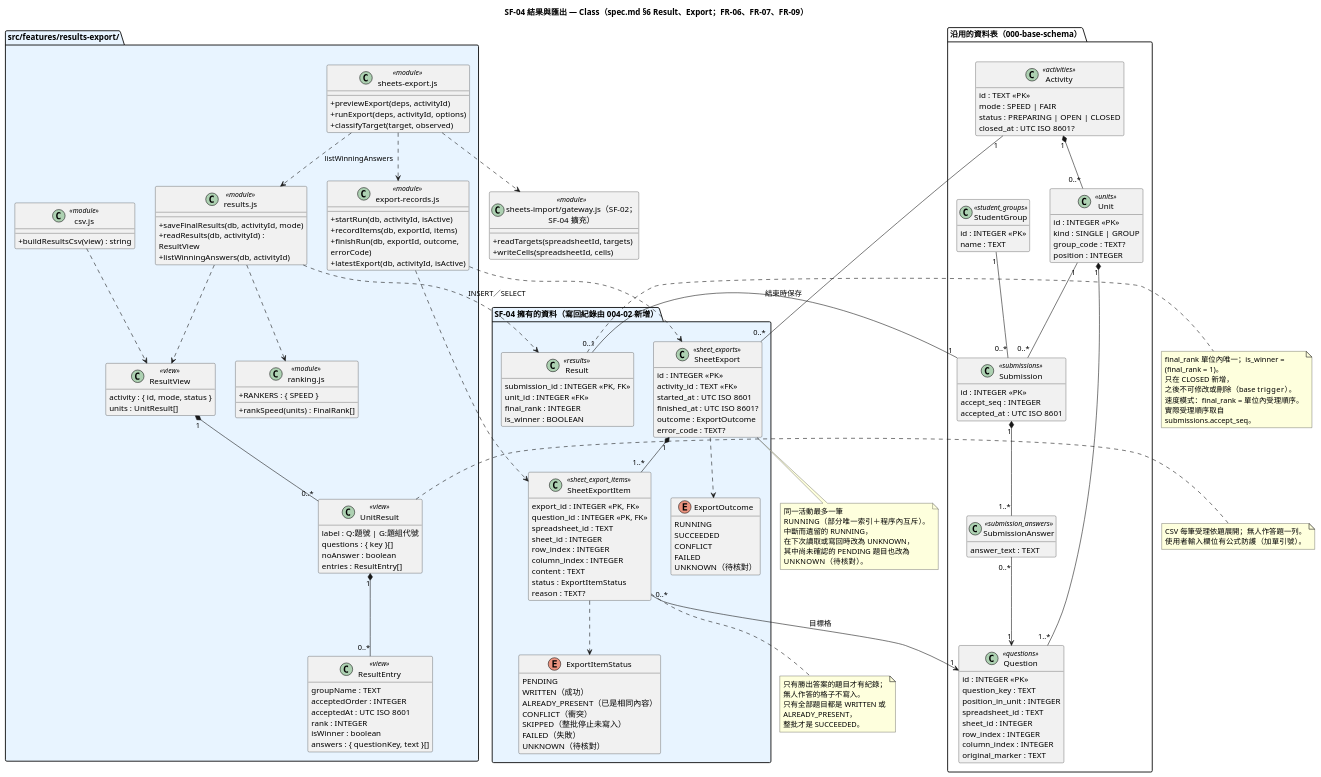
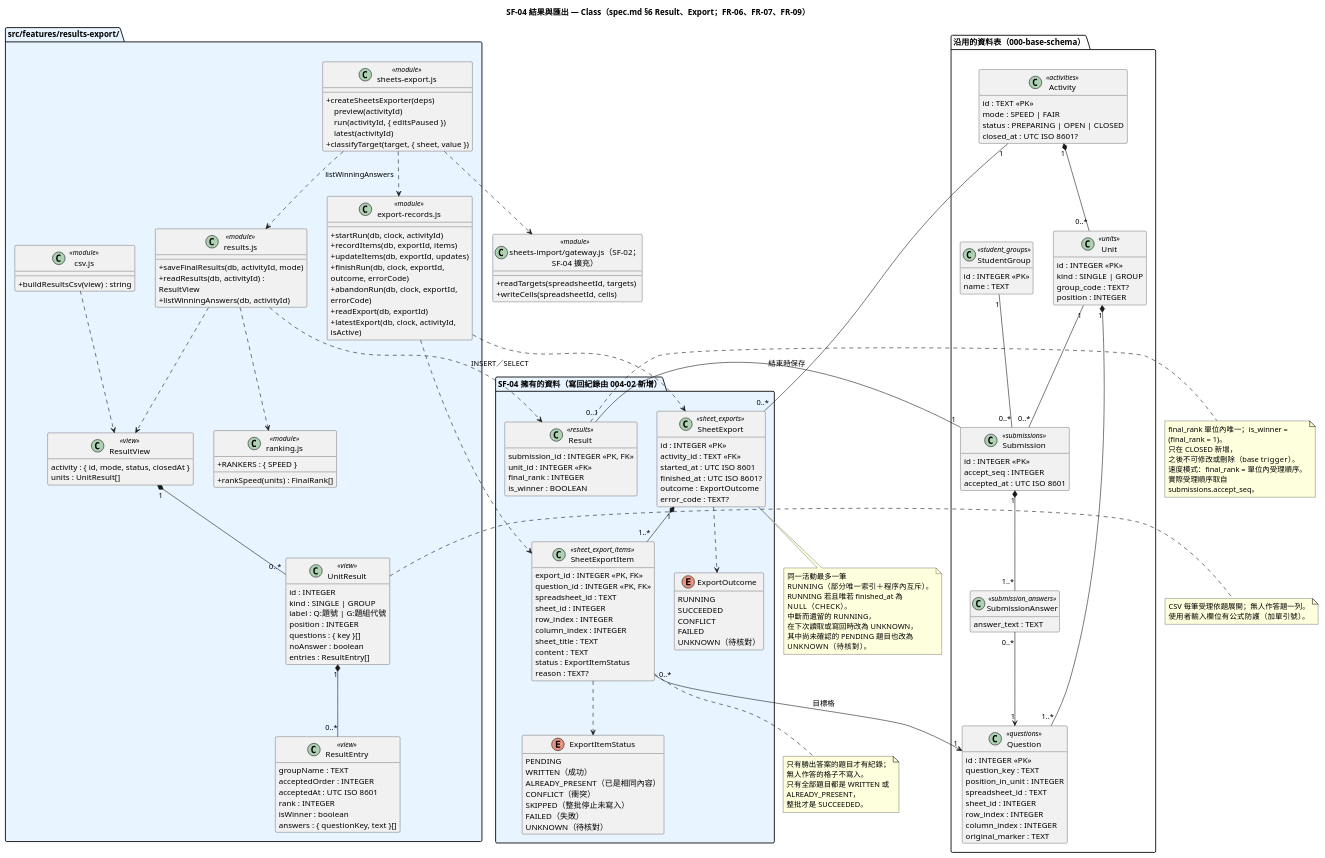
Before and after one commit to tom1030507/classroom-buzzer-system-speckit: the diagram in diagrams/004-results-export-class.puml, drawn with PlantUML. The commit also changed 11 other files, not shown here.

Commit message:
docs(diagrams): sync SF-04 and the shared data model with the implementation

```diff
--- a/diagrams/004-results-export-class.puml
+++ b/diagrams/004-results-export-class.puml
@@ -1,186 +1,196 @@
 @startuml 004-results-export-class
 title SF-04 結果與匯出 — Class（spec.md §6 Result、Export；FR-06、FR-07、FR-09）
 skinparam shadowing false
 skinparam classAttributeIconSize 0
 skinparam wrapWidth 260
 hide empty methods
 
 package "沿用的資料表（000-base-schema）" {
   class Activity <<activities>> {
     id : TEXT <<PK>>
     mode : SPEED | FAIR
     status : PREPARING | OPEN | CLOSED
     closed_at : UTC ISO 8601?
   }
   class Unit <<units>> {
     id : INTEGER <<PK>>
     kind : SINGLE | GROUP
     group_code : TEXT?
     position : INTEGER
   }
   class Question <<questions>> {
     id : INTEGER <<PK>>
     question_key : TEXT
     position_in_unit : INTEGER
     spreadsheet_id : TEXT
     sheet_id : INTEGER
     row_index : INTEGER
     column_index : INTEGER
     original_marker : TEXT
   }
   class StudentGroup <<student_groups>> {
     id : INTEGER <<PK>>
     name : TEXT
   }
   class Submission <<submissions>> {
     id : INTEGER <<PK>>
     accept_seq : INTEGER
     accepted_at : UTC ISO 8601
   }
   class SubmissionAnswer <<submission_answers>> {
     answer_text : TEXT
   }
 }
 
 package "SF-04 擁有的資料（寫回紀錄由 004-02 新增）" #E8F4FF {
   class Result <<results>> {
     submission_id : INTEGER <<PK, FK>>
     unit_id : INTEGER <<FK>>
     final_rank : INTEGER
     is_winner : BOOLEAN
   }
   class SheetExport <<sheet_exports>> {
     id : INTEGER <<PK>>
     activity_id : TEXT <<FK>>
     started_at : UTC ISO 8601
     finished_at : UTC ISO 8601?
     outcome : ExportOutcome
     error_code : TEXT?
   }
   class SheetExportItem <<sheet_export_items>> {
     export_id : INTEGER <<PK, FK>>
     question_id : INTEGER <<PK, FK>>
     spreadsheet_id : TEXT
     sheet_id : INTEGER
     row_index : INTEGER
     column_index : INTEGER
+    sheet_title : TEXT
     content : TEXT
     status : ExportItemStatus
     reason : TEXT?
   }
   enum ExportOutcome {
     RUNNING
     SUCCEEDED
     CONFLICT
     FAILED
     UNKNOWN（待核對）
   }
   enum ExportItemStatus {
     PENDING
     WRITTEN（成功）
     ALREADY_PRESENT（已是相同內容）
     CONFLICT（衝突）
     SKIPPED（整批停止未寫入）
     FAILED（失敗）
     UNKNOWN（待核對）
   }
 }
 
 package "src/features/results-export/" #E8F4FF {
   class "results.js" as ResultsModule <<module>> {
     +saveFinalResults(db, activityId, mode)
     +readResults(db, activityId) : ResultView
     +listWinningAnswers(db, activityId)
   }
   class "ranking.js" as RankingModule <<module>> {
     +RANKERS : { SPEED }
     +rankSpeed(units) : FinalRank[]
   }
   class "csv.js" as CsvModule <<module>> {
     +buildResultsCsv(view) : string
   }
   class "sheets-export.js" as ExportModule <<module>> {
-    +previewExport(deps, activityId)
-    +runExport(deps, activityId, options)
-    +classifyTarget(target, observed)
+    +createSheetsExporter(deps)
+    　preview(activityId)
+    　run(activityId, { editsPaused })
+    　latest(activityId)
+    +classifyTarget(target, { sheet, value })
   }
   class "export-records.js" as RecordsModule <<module>> {
-    +startRun(db, activityId, isActive)
+    +startRun(db, clock, activityId)
     +recordItems(db, exportId, items)
-    +finishRun(db, exportId, outcome, errorCode)
-    +latestExport(db, activityId, isActive)
+    +updateItems(db, exportId, updates)
+    +finishRun(db, clock, exportId, outcome, errorCode)
+    +abandonRun(db, clock, exportId, errorCode)
+    +readExport(db, exportId)
+    +latestExport(db, clock, activityId, isActive)
   }
   class ResultView <<view>> {
-    activity : { id, mode, status }
+    activity : { id, mode, status, closedAt }
     units : UnitResult[]
   }
   class UnitResult <<view>> {
+    id : INTEGER
+    kind : SINGLE | GROUP
     label : Q:題號 | G:題組代號
+    position : INTEGER
     questions : { key }[]
     noAnswer : boolean
     entries : ResultEntry[]
   }
   class ResultEntry <<view>> {
     groupName : TEXT
     acceptedOrder : INTEGER
     acceptedAt : UTC ISO 8601
     rank : INTEGER
     isWinner : boolean
     answers : { questionKey, text }[]
   }
 }
 
 class "sheets-import/gateway.js（SF-02；SF-04 擴充）" as GatewayModule <<module>> {
   +readTargets(spreadsheetId, targets)
   +writeCells(spreadsheetId, cells)
 }
 
 Activity "1" *-- "0..*" Unit
 Unit "1" *-- "1..*" Question
 Unit "1" -- "0..*" Submission
 StudentGroup "1" -- "0..*" Submission
 Submission "1" *-- "1..*" SubmissionAnswer
 SubmissionAnswer "0..*" --> "1" Question
 Submission "1" -- "0..1" Result : 結束時保存
 Activity "1" -- "0..*" SheetExport
 SheetExport "1" *-- "1..*" SheetExportItem
 SheetExportItem "0..*" --> "1" Question : 目標格
 SheetExport ..> ExportOutcome
 SheetExportItem ..> ExportItemStatus
 
 ResultView "1" *-- "0..*" UnitResult
 UnitResult "1" *-- "0..*" ResultEntry
 ResultsModule ..> RankingModule
 ResultsModule ..> Result : INSERT／SELECT
 ResultsModule ..> ResultView
 CsvModule ..> ResultView
 ExportModule ..> ResultsModule : listWinningAnswers
 ExportModule ..> GatewayModule
 ExportModule ..> RecordsModule
 RecordsModule ..> SheetExport
 RecordsModule ..> SheetExportItem
 
 note right of Result
   final_rank 單位內唯一；is_winner = (final_rank = 1)。
   只在 CLOSED 新增，之後不可修改或刪除（base trigger）。
   速度模式：final_rank = 單位內受理順序。
   實際受理順序取自 submissions.accept_seq。
 end note
 
 note bottom of SheetExport
   同一活動最多一筆 RUNNING（部分唯一索引＋程序內互斥）。
+  RUNNING 若且唯若 finished_at 為 NULL（CHECK）。
   中斷而遺留的 RUNNING，在下次讀取或寫回時改為 UNKNOWN，
   其中尚未確認的 PENDING 題目也改為 UNKNOWN（待核對）。
 end note
 
 note bottom of SheetExportItem
   只有勝出答案的題目才有紀錄；無人作答的格子不寫入。
   只有全部題目都是 WRITTEN 或 ALREADY_PRESENT，
   整批才是 SUCCEEDED。
 end note
 
 note right of UnitResult
   CSV 每筆受理依題展開；無人作答題一列。
   使用者輸入欄位有公式防護（加單引號）。
 end note
 @enduml
```
